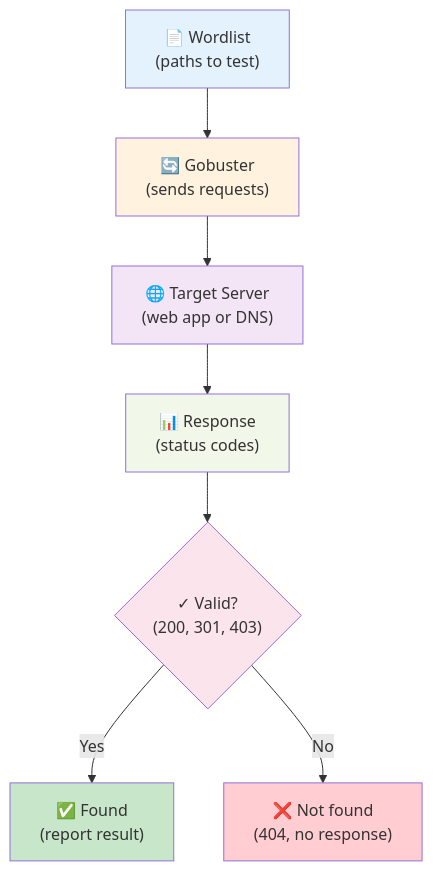
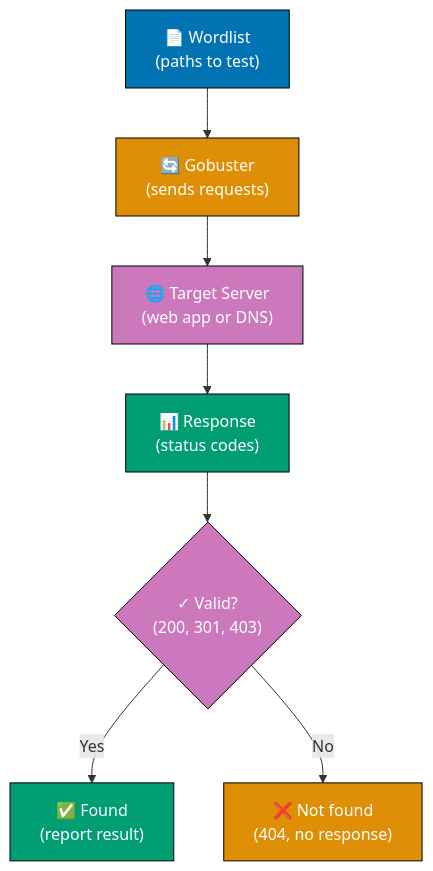
The first of 3 diagrams in docs/explanation/information-security/toolings/ex-inse-to__gobuster.md (wahidyankf/open-sharia-enterprise), drawn with Mermaid before and after one commit. The commit also changed other lines of this file and 22 other files, not shown here.

First line of the commit message:
docs(diagrams): ensure all mermaid diagrams use color-blind friendly palette

````diff
--- a/docs/explanation/information-security/toolings/ex-inse-to__gobuster.md
+++ b/docs/explanation/information-security/toolings/ex-inse-to__gobuster.md
@@ -37,17 +40,17 @@
 ```mermaid
 graph TD
 	A["📄 Wordlist<br/>(paths to test)"] --> B["🔄 Gobuster<br/>(sends requests)"]
 	B --> C["🌐 Target Server<br/>(web app or DNS)"]
 	C --> D["📊 Response<br/>(status codes)"]
 	D --> E{"✓ Valid?<br/>(200, 301, 403)"}
 	E -->|Yes| F["✅ Found<br/>(report result)"]
 	E -->|No| G["❌ Not found<br/>(404, no response)"]
 
-	style A fill:#e3f2fd
-	style B fill:#fff3e0
-	style C fill:#f3e5f5
-	style D fill:#f1f8e9
-	style E fill:#fce4ec
-	style F fill:#c8e6c9
-	style G fill:#ffcdd2
+	style A fill:#0173B2,stroke:#000000,color:#FFFFFF
+	style B fill:#DE8F05,stroke:#000000,color:#FFFFFF
+	style C fill:#CC78BC,stroke:#000000,color:#FFFFFF
+	style D fill:#029E73,stroke:#000000,color:#FFFFFF
+	style E fill:#CC78BC,stroke:#000000,color:#FFFFFF
+	style F fill:#029E73,stroke:#000000,color:#FFFFFF
+	style G fill:#DE8F05,stroke:#000000,color:#FFFFFF
 ```
````
